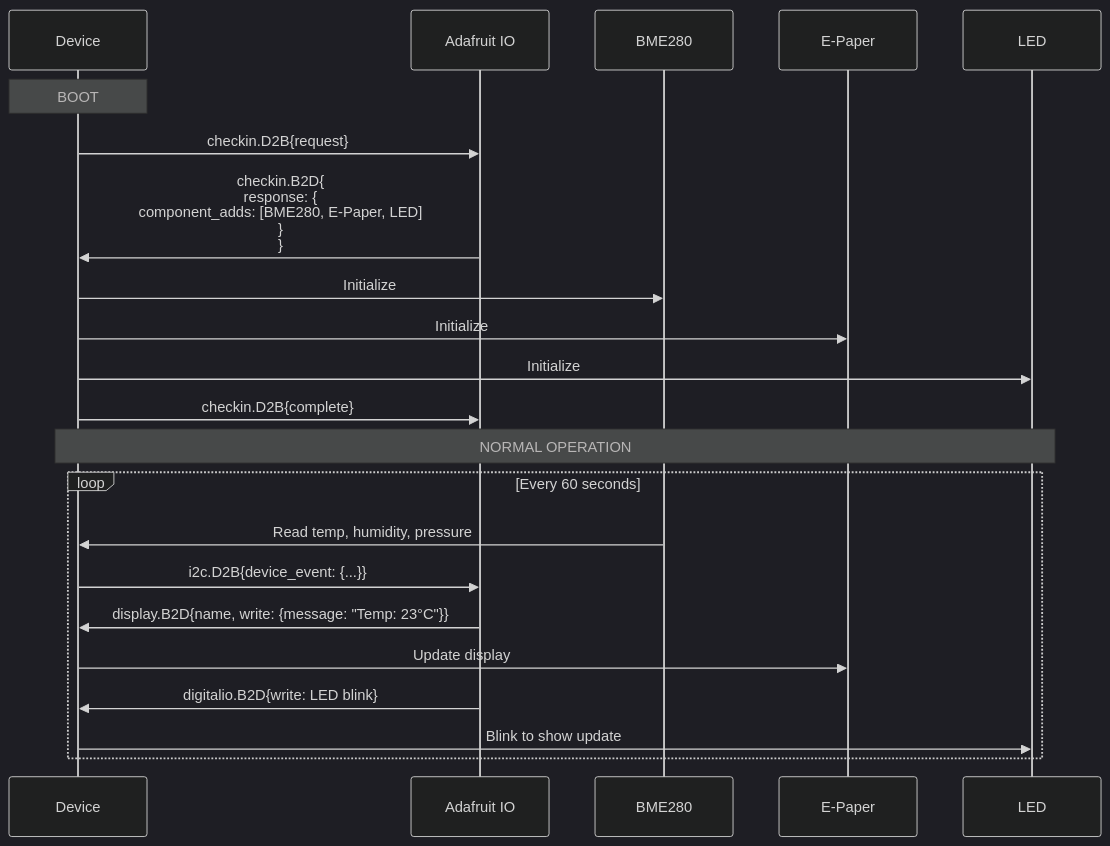
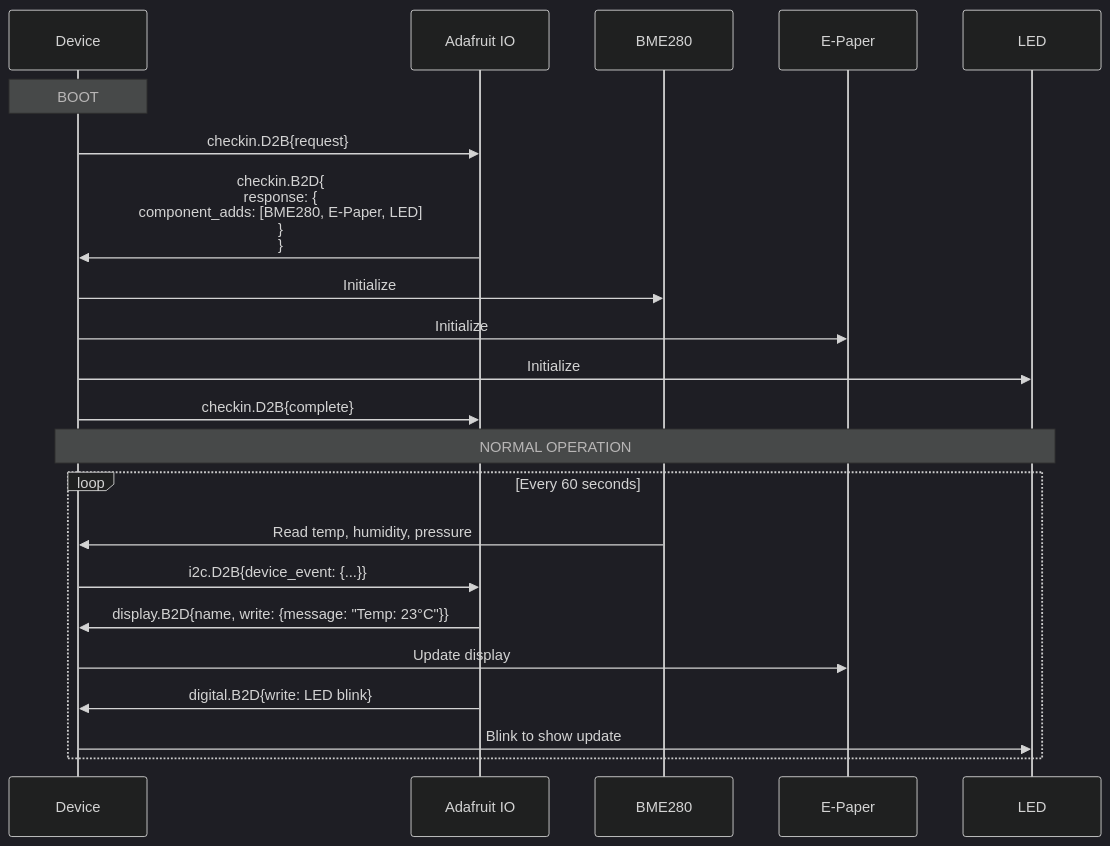
Diagram 12 of 13 in proto/wippersnapper/docs/wippersnapper_device_overview.md (adafruit/Wippersnapper_Protobuf), drawn with Mermaid (dark theme) before and after one commit. The commit also changed other lines of this file and 14 other files, not shown here.

Commit message:
rename analogin -> analog, digitalio -> digital

````diff
--- a/proto/wippersnapper/docs/wippersnapper_device_overview.md
+++ b/proto/wippersnapper/docs/wippersnapper_device_overview.md
@@ -656,30 +656,30 @@
 ```mermaid
 sequenceDiagram
     participant Device
     participant IO as Adafruit IO
     participant BME as BME280
     participant Display as E-Paper
     participant LED
 
     Note over Device: BOOT
 
     Device->>IO: checkin.D2B{request}
     IO->>Device: checkin.B2D{<br/>  response: {<br/>    component_adds: [BME280, E-Paper, LED]<br/>  }<br/>}
 
     Device->>BME: Initialize
     Device->>Display: Initialize
     Device->>LED: Initialize
 
     Device->>IO: checkin.D2B{complete}
 
     Note over Device,LED: NORMAL OPERATION
 
     loop Every 60 seconds
         BME->>Device: Read temp, humidity, pressure
         Device->>IO: i2c.D2B{device_event: {...}}
         IO->>Device: display.B2D{name, write: {message: "Temp: 23°C"}}
         Device->>Display: Update display
-        IO->>Device: digitalio.B2D{write: LED blink}
+        IO->>Device: digital.B2D{write: LED blink}
         Device->>LED: Blink to show update
     end
 ```
````
